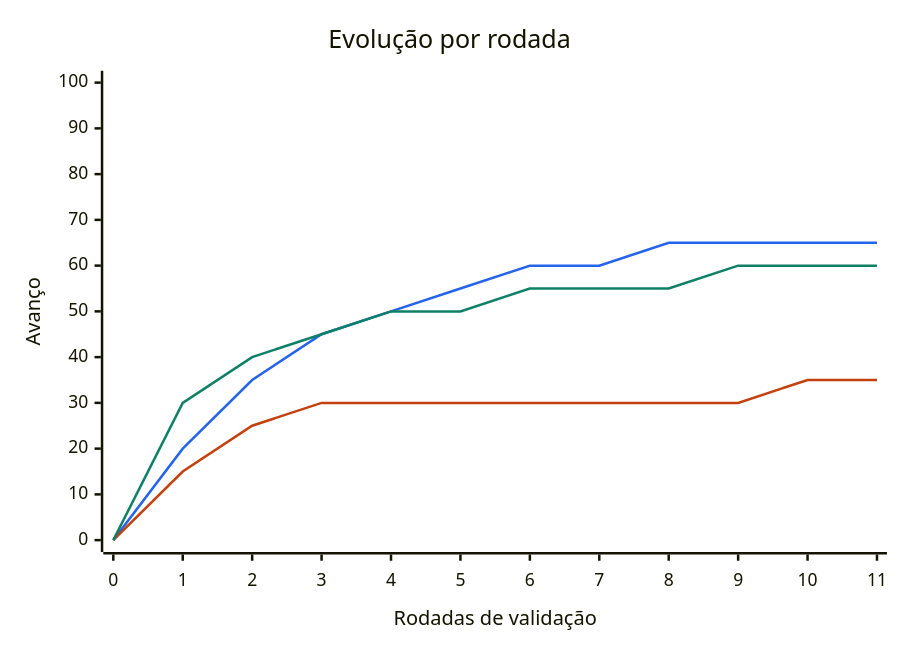
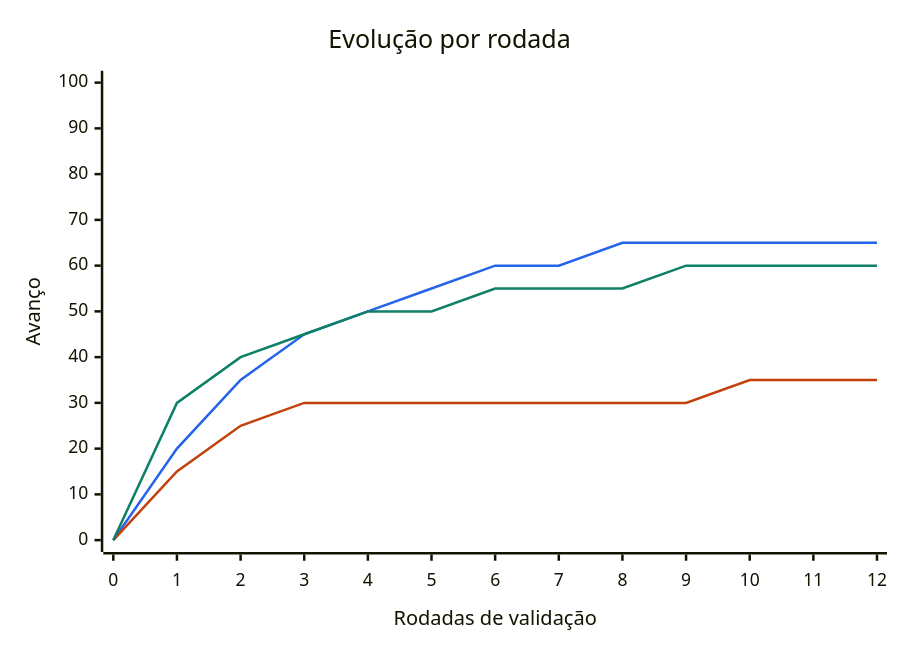
One commit to thiagozonda1989-stack/simuladorCotacao changed the diagram in docs/colaboracao/ACOMPANHAMENTO.md. Above: the diagram before and after it, drawn with Mermaid. The commit also changed other lines of this file, not shown here.

Commit message:
Atualiza o painel com os 20 pregões da rodada 12

````diff
--- a/docs/colaboracao/ACOMPANHAMENTO.md
+++ b/docs/colaboracao/ACOMPANHAMENTO.md
@@ -7,15 +7,15 @@
 ```mermaid
 ---
 config:
   themeVariables:
     xyChart:
       plotColorPalette: "#2563eb,#c2410c,#0e8066"
 ---
 xychart-beta
   title "Evolução por rodada"
-  x-axis "Rodadas de validação" [0, 1, 2, 3, 4, 5, 6, 7, 8, 9, 10, 11]
+  x-axis "Rodadas de validação" [0, 1, 2, 3, 4, 5, 6, 7, 8, 9, 10, 11, 12]
   y-axis "Avanço" 0 --> 100
-  line [0, 20, 35, 45, 50, 55, 60, 60, 65, 65, 65, 65]
-  line [0, 15, 25, 30, 30, 30, 30, 30, 30, 30, 35, 35]
-  line [0, 30, 40, 45, 50, 50, 55, 55, 55, 60, 60, 60]
+  line [0, 20, 35, 45, 50, 55, 60, 60, 65, 65, 65, 65, 65]
+  line [0, 15, 25, 30, 30, 30, 30, 30, 30, 30, 35, 35, 35]
+  line [0, 30, 40, 45, 50, 50, 55, 55, 55, 60, 60, 60, 60]
 ```
````
